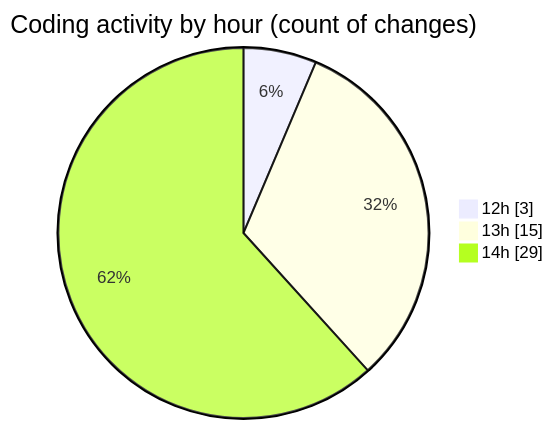
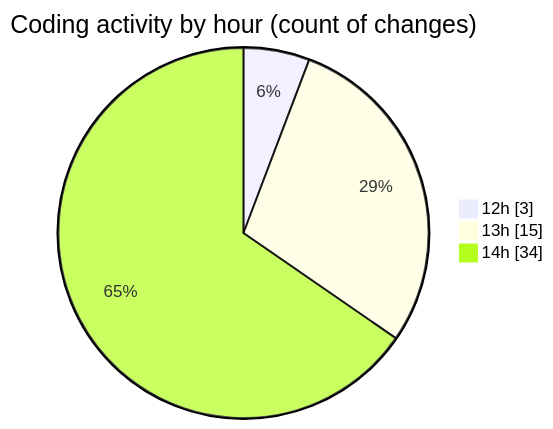
Before and after one commit to momahboobian/code-tracking: the second of 2 diagrams in 2026-02-26/car_database/README.md, drawn with Mermaid. The commit also changed other lines of this file and 1 other file, not shown here.

````diff
--- a/2026-02-26/car_database/README.md
+++ b/2026-02-26/car_database/README.md
@@ -50,7 +52,7 @@
 ```mermaid
 pie showData
 title Coding activity by hour (count of changes)
 "12h" : 3
 "13h" : 15
-"14h" : 29
+"14h" : 34
 ```
````
